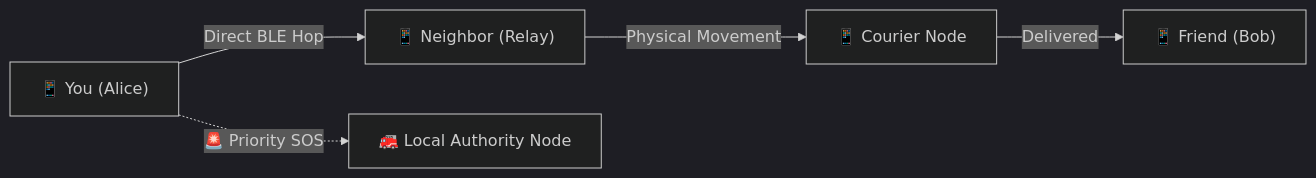
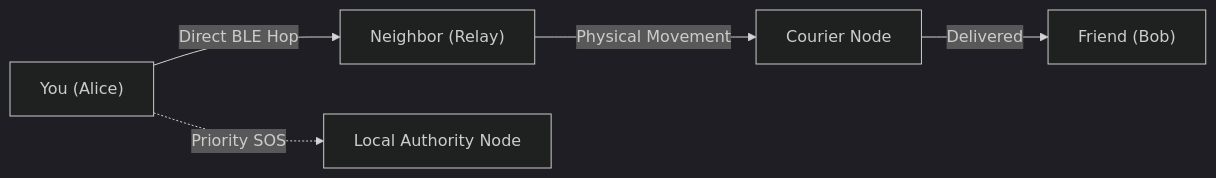
One commit to vsr-yashwanth/Whisp changed the diagram in README.md. Above: the diagram before and after it, drawn with Mermaid (dark theme). The commit also changed other lines of this file, not shown here.

````diff
--- a/README.md
+++ b/README.md
@@ -28,7 +28,7 @@
 ```mermaid
 graph LR
-    A["📱 You (Alice)"] -->|"Direct BLE Hop"| B["📱 Neighbor (Relay)"]
-    B -->|"Physical Movement"| C["📱 Courier Node"]
-    C -->|"Delivered"| D["📱 Friend (Bob)"]
-    A -.->|"🚨 Priority SOS"| E["🚒 Local Authority Node"]
+    A["You (Alice)"] -->|"Direct BLE Hop"| B["Neighbor (Relay)"]
+    B -->|"Physical Movement"| C["Courier Node"]
+    C -->|"Delivered"| D["Friend (Bob)"]
+    A -.->|"Priority SOS"| E["Local Authority Node"]
 ```
````
